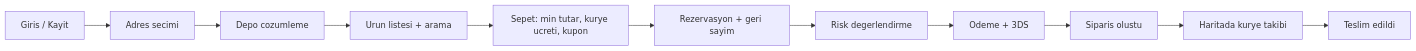
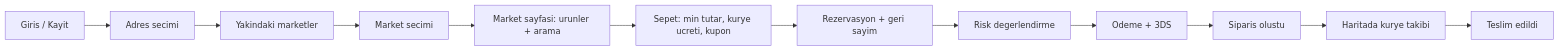
Before and after one commit to berkaydgryl/quick-commerce-microservices: the seventh of 7 diagrams in docs/roadmap.md, drawn with Mermaid. The commit also changed other lines of this file and 2 other files, not shown here.

````diff
--- a/docs/roadmap.md
+++ b/docs/roadmap.md
@@ -847,13 +891,14 @@
 ```mermaid
 flowchart LR
   A[Giris / Kayit] --> B[Adres secimi]
-  B --> C[Depo cozumleme]
-  C --> D[Urun listesi + arama]
+  B --> C[Yakindaki marketler]
+  C --> C2[Market secimi]
+  C2 --> D[Market sayfasi: urunler + arama]
   D --> E[Sepet: min tutar, kurye ucreti, kupon]
   E --> F[Rezervasyon + geri sayim]
   F --> G[Risk degerlendirme]
   G --> H[Odeme + 3DS]
   H --> I[Siparis olustu]
   I --> J[Haritada kurye takibi]
   J --> K[Teslim edildi]
 ```
````
